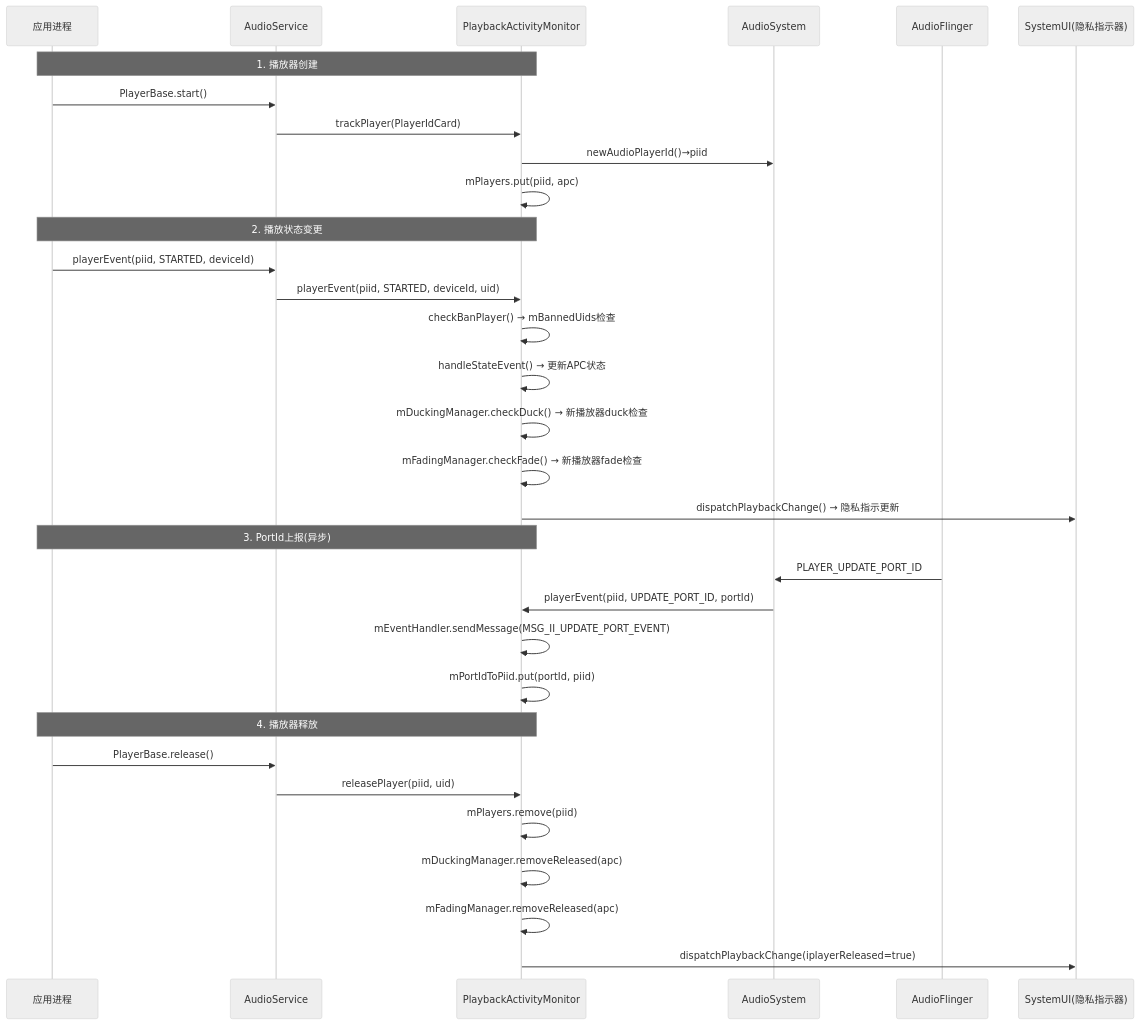
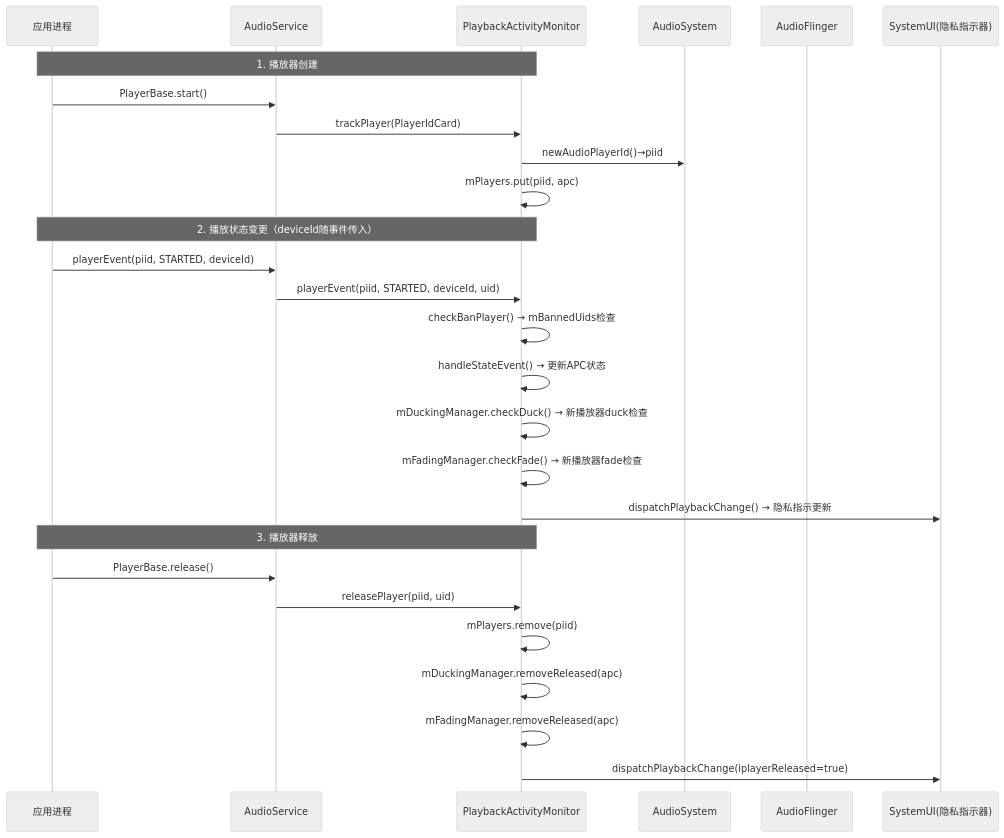
One commit to yanglinzhen1022/SA8295_AAOS_QNX_Audio_KnowledgeBase changed the third of 4 diagrams in 03_Java_Framework_Layer/03_3.6_PlaybackActivityMonitor-播放状态追踪.md. Above: the diagram before and after it, drawn with Mermaid (neutral theme). The commit also changed other lines of this file and 6 other files, not shown here.

````diff
--- a/03_Java_Framework_Layer/03_3.6_PlaybackActivityMonitor-播放状态追踪.md
+++ b/03_Java_Framework_Layer/03_3.6_PlaybackActivityMonitor-播放状态追踪.md
@@ -694,38 +608,32 @@
 ```mermaid
 sequenceDiagram
     participant App as 应用进程
     participant AS as AudioService
     participant PAM as PlaybackActivityMonitor
     participant ASys as AudioSystem
     participant AF as AudioFlinger
     participant UI as SystemUI(隐私指示器)
 
     Note over App,PAM: 1. 播放器创建
     App->>AS: PlayerBase.start()
     AS->>PAM: trackPlayer(PlayerIdCard)
     PAM->>ASys: newAudioPlayerId()→piid
     PAM->>PAM: mPlayers.put(piid, apc)
 
-    Note over App,PAM: 2. 播放状态变更
+    Note over App,PAM: 2. 播放状态变更（deviceId随事件传入）
     App->>AS: playerEvent(piid, STARTED, deviceId)
     AS->>PAM: playerEvent(piid, STARTED, deviceId, uid)
     PAM->>PAM: checkBanPlayer() → mBannedUids检查
     PAM->>PAM: handleStateEvent() → 更新APC状态
     PAM->>PAM: mDuckingManager.checkDuck() → 新播放器duck检查
     PAM->>PAM: mFadingManager.checkFade() → 新播放器fade检查
     PAM->>UI: dispatchPlaybackChange() → 隐私指示更新
 
-    Note over App,PAM: 3. PortId上报(异步)
-    AF->>ASys: PLAYER_UPDATE_PORT_ID
-    ASys->>PAM: playerEvent(piid, UPDATE_PORT_ID, portId)
-    PAM->>PAM: mEventHandler.sendMessage(MSG_II_UPDATE_PORT_EVENT)
-    PAM->>PAM: mPortIdToPiid.put(portId, piid)
-
-    Note over App,PAM: 4. 播放器释放
+    Note over App,PAM: 3. 播放器释放
     App->>AS: PlayerBase.release()
     AS->>PAM: releasePlayer(piid, uid)
     PAM->>PAM: mPlayers.remove(piid)
     PAM->>PAM: mDuckingManager.removeReleased(apc)
     PAM->>PAM: mFadingManager.removeReleased(apc)
     PAM->>UI: dispatchPlaybackChange(iplayerReleased=true)
 ```
````
